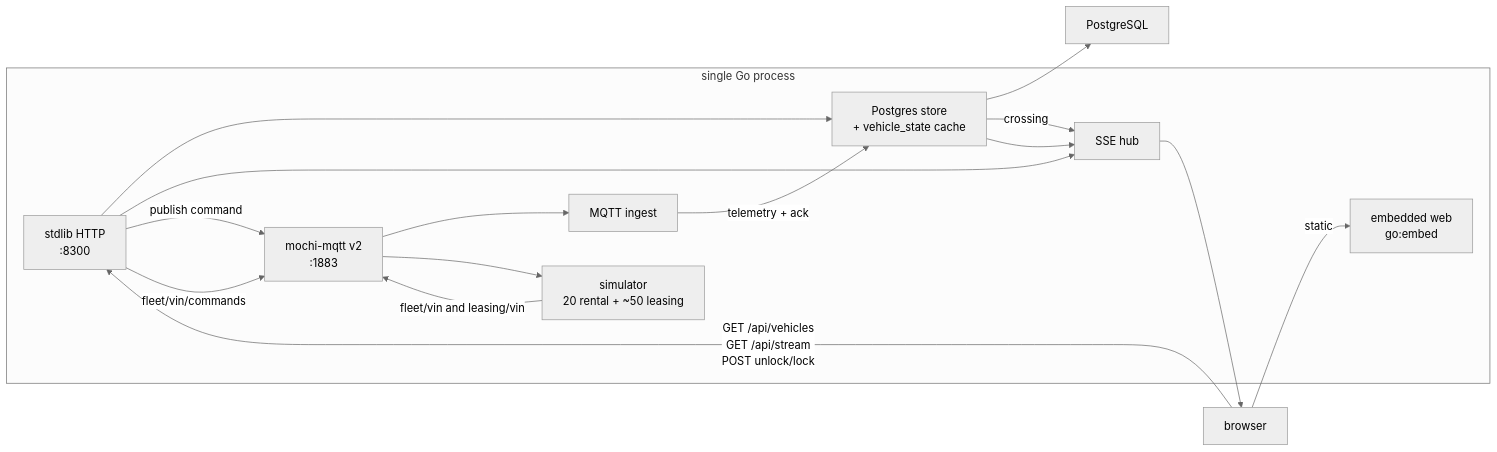
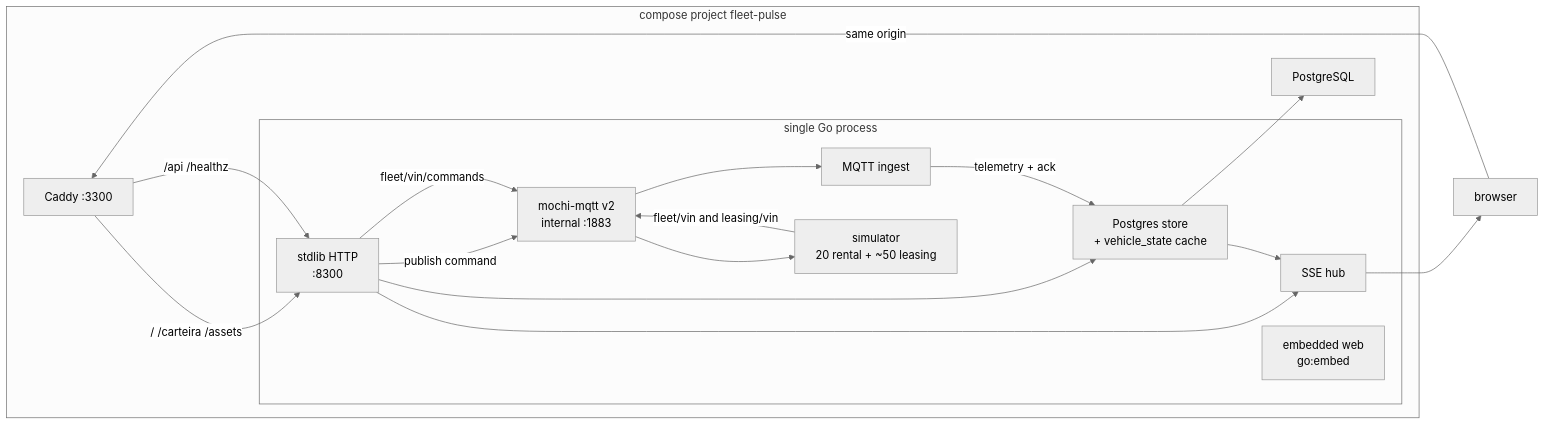
One commit to leohteixeira/fleet-pulse changed the diagram in README.md. Above: the diagram before and after it, drawn with Mermaid (neutral theme). The commit also changed other lines of this file and 2 other files, not shown here.

Commit message:
docs: document compose Caddy embed and story 8

````diff
--- a/README.md
+++ b/README.md
@@ -31,27 +48,30 @@
 ```mermaid
 flowchart LR
-  subgraph process["single Go process"]
-    HTTP["stdlib HTTP\n:8300"]
-    SSE["SSE hub"]
-    Store["Postgres store\n+ vehicle_state cache"]
-    Ingest["MQTT ingest"]
-    Broker["mochi-mqtt v2\n:1883"]
-    Sim["simulator\n20 rental + ~50 leasing"]
-    UI["embedded web\ngo:embed"]
+  subgraph compose["compose project fleet-pulse"]
+    Caddy["Caddy :3300"]
+    subgraph process["single Go process"]
+      HTTP["stdlib HTTP\n:8300"]
+      SSE["SSE hub"]
+      Store["Postgres store\n+ vehicle_state cache"]
+      Ingest["MQTT ingest"]
+      Broker["mochi-mqtt v2\ninternal :1883"]
+      Sim["simulator\n20 rental + ~50 leasing"]
+      UI["embedded web\ngo:embed"]
+    end
+    PG["PostgreSQL"]
   end
-  PG["PostgreSQL"]
-  Browser["browser"] -->|GET /api/vehicles\nGET /api/stream\nPOST unlock/lock| HTTP
-  Browser -->|static| UI
+  Browser["browser"] -->|same origin| Caddy
+  Caddy -->|/ /carteira /assets| HTTP
+  Caddy -->|/api /healthz| HTTP
   HTTP --> Store
   Store --> PG
   HTTP --> SSE
   HTTP -->|publish command| Broker
   Ingest -->|telemetry + ack| Store
-  Store -->|crossing| SSE
   Store --> SSE
   SSE --> Browser
   Sim -->|fleet/vin and leasing/vin| Broker
   Broker --> Ingest
   HTTP -->|fleet/vin/commands| Broker
   Broker --> Sim
 ```
````
